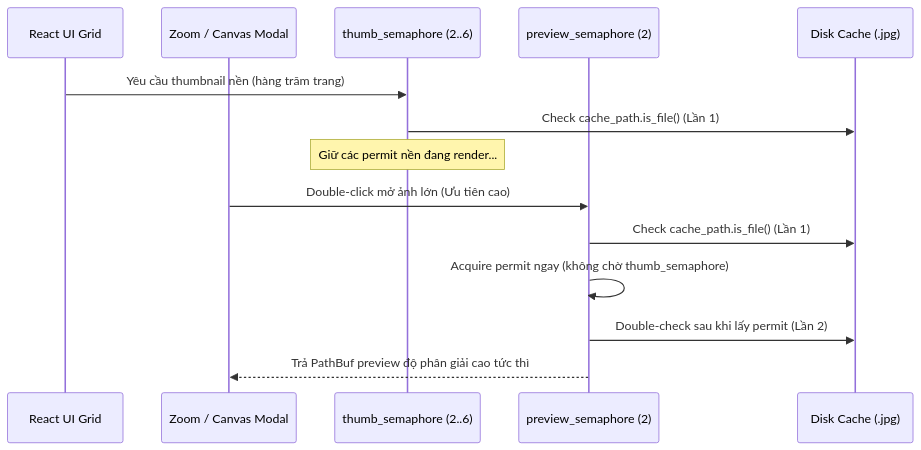
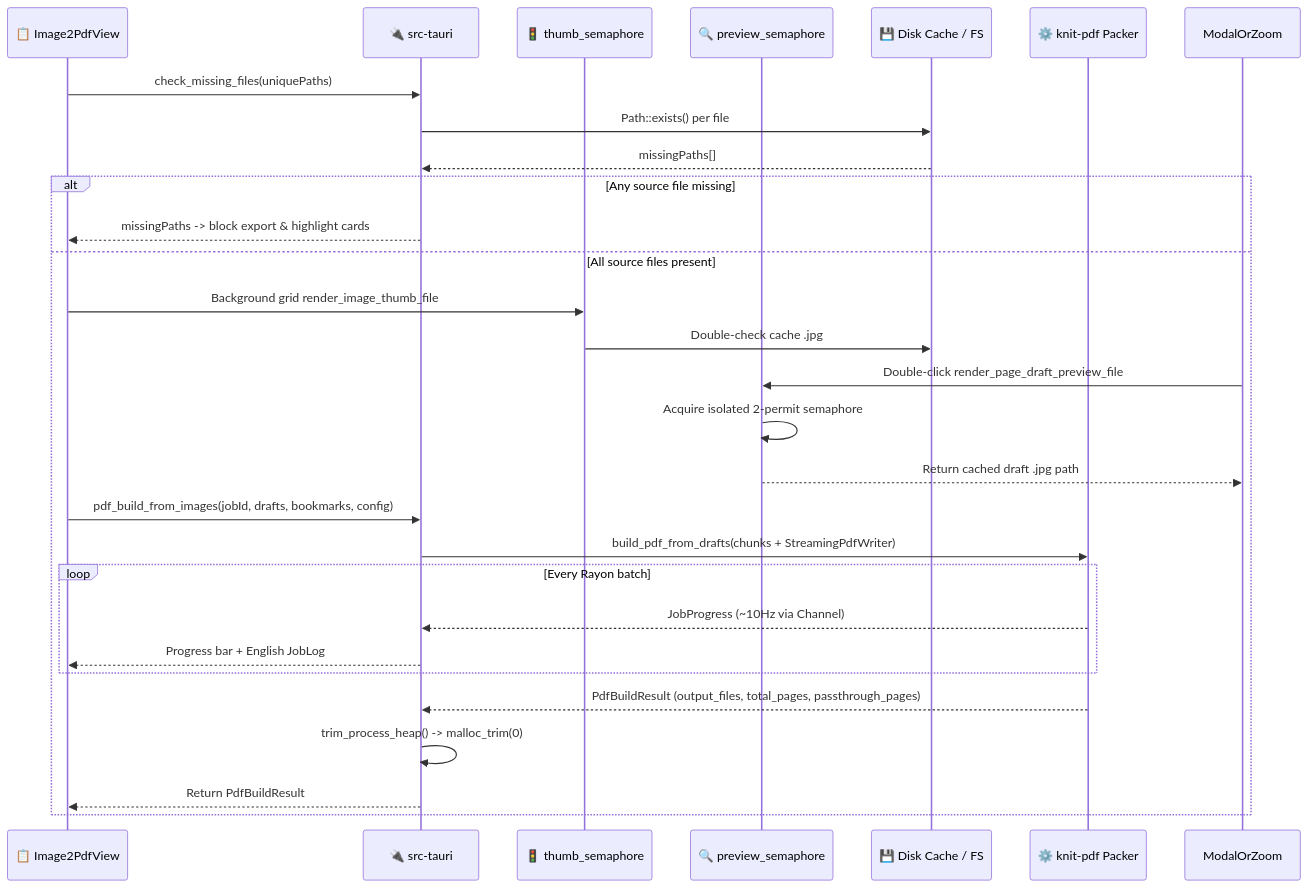
One commit to KozKhoa/Knit changed the fourth of 4 diagrams in docs/image2pdf-architecture.md. Above: the diagram before and after it, drawn with Mermaid. The commit also changed other lines of this file and 10 other files, not shown here.

Commit message:
docs(image2pdf): add agent guide, JSON schema, Mermaid diagrams, and ISTQB functional test suite

````diff
--- a/docs/image2pdf-architecture.md
+++ b/docs/image2pdf-architecture.md
@@ -137,18 +206,31 @@
 ```mermaid
 sequenceDiagram
-    participant UI as React UI Grid
-    participant Modal as Zoom / Canvas Modal
-    participant TSem as thumb_semaphore (2..6)
-    participant PSem as preview_semaphore (2)
-    participant Disk as Disk Cache (.jpg)
+    participant UI as 📋 Image2PdfView
+    participant IPC as 🔌 src-tauri
+    participant TSem as 🚦 thumb_semaphore
+    participant PSem as 🔍 preview_semaphore
+    participant Disk as 💾 Disk Cache / FS
+    participant Rust as ⚙️ knit-pdf Packer
 
-    UI->>TSem: Yêu cầu thumbnail nền (hàng trăm trang)
-    TSem->>Disk: Check cache_path.is_file() (Lần 1)
-    Note over TSem: Giữ các permit nền đang render...
-
-    Modal->>PSem: Double-click mở ảnh lớn (Ưu tiên cao)
-    PSem->>Disk: Check cache_path.is_file() (Lần 1)
-    PSem->>PSem: Acquire permit ngay (không chờ thumb_semaphore)
-    PSem->>Disk: Double-check sau khi lấy permit (Lần 2)
-    PSem-->>Modal: Trả PathBuf preview độ phân giải cao tức thì
+    UI->>IPC: check_missing_files(uniquePaths)
+    IPC->>Disk: Path::exists() per file
+    Disk-->>IPC: missingPaths[]
+    alt Any source file missing
+        IPC-->>UI: missingPaths -> block export & highlight cards
+    else All source files present
+        UI->>TSem: Background grid render_image_thumb_file
+        TSem->>Disk: Double-check cache .jpg
+        ModalOrZoom->>PSem: Double-click render_page_draft_preview_file
+        PSem->>PSem: Acquire isolated 2-permit semaphore
+        PSem-->>ModalOrZoom: Return cached draft .jpg path
+        UI->>IPC: pdf_build_from_images(jobId, drafts, bookmarks, config)
+        IPC->>Rust: build_pdf_from_drafts(chunks + StreamingPdfWriter)
+        loop Every Rayon batch
+            Rust-->>IPC: JobProgress (~10Hz via Channel)
+            IPC-->>UI: Progress bar + English JobLog
+        end
+        Rust-->>IPC: PdfBuildResult (output_files, total_pages, passthrough_pages)
+        IPC->>IPC: trim_process_heap() -> malloc_trim(0)
+        IPC-->>UI: Return PdfBuildResult
+    end
 ```
````
